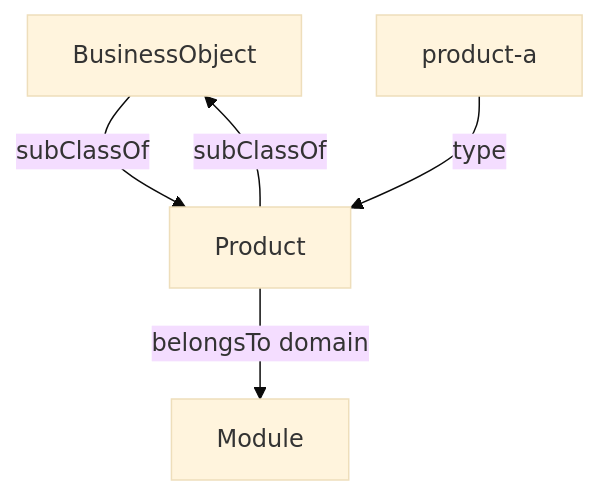
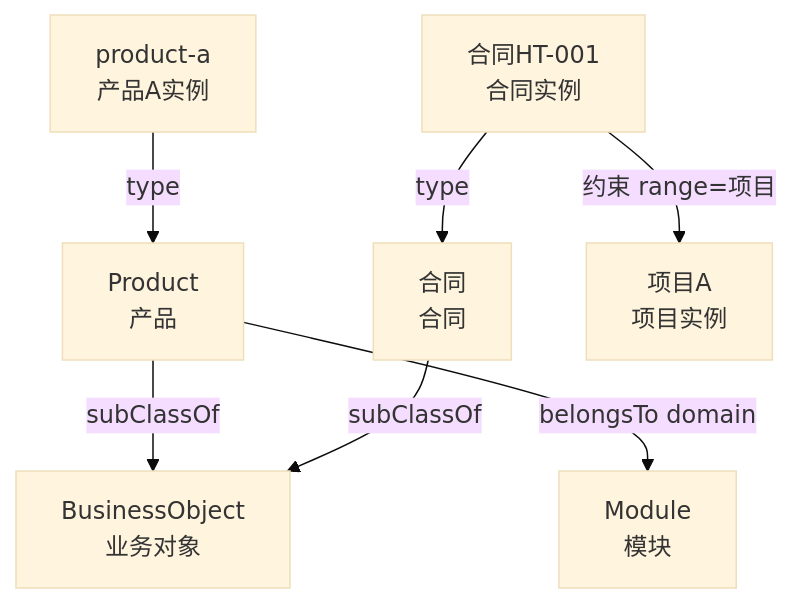
The third of 4 diagrams in 本体论-agent/02-RDF-OWL-SPARQL/05.RDF-RDFS-OWL和SPARQL基础.md (sealzrt/2026-08--agent), drawn with Mermaid (base theme) before and after one commit. The commit also changed other lines of this file and 62 other files, not shown here.

````diff
--- a/本体论-agent/02-RDF-OWL-SPARQL/05.RDF-RDFS-OWL和SPARQL基础.md
+++ b/本体论-agent/02-RDF-OWL-SPARQL/05.RDF-RDFS-OWL和SPARQL基础.md
@@ -43,11 +96,15 @@
 ```mermaid
 flowchart TB
-    B[BusinessObject]
-    P[Product]
-    M[Module]
-    p[product-a]
-    B -->|subClassOf| P
+    B[BusinessObject<br/>业务对象]
+    P[Product<br/>产品]
+    M[Module<br/>模块]
+    C[合同<br/>合同]
+    p[product-a<br/>产品A实例]
+    h[合同HT-001<br/>合同实例]
     P -->|subClassOf| B
+    C -->|subClassOf| B
     p -->|type| P
+    h -->|type| C
     P -->|belongsTo domain| M
+    h -->|约束 range=项目| X[项目A<br/>项目实例]
 ```
````
